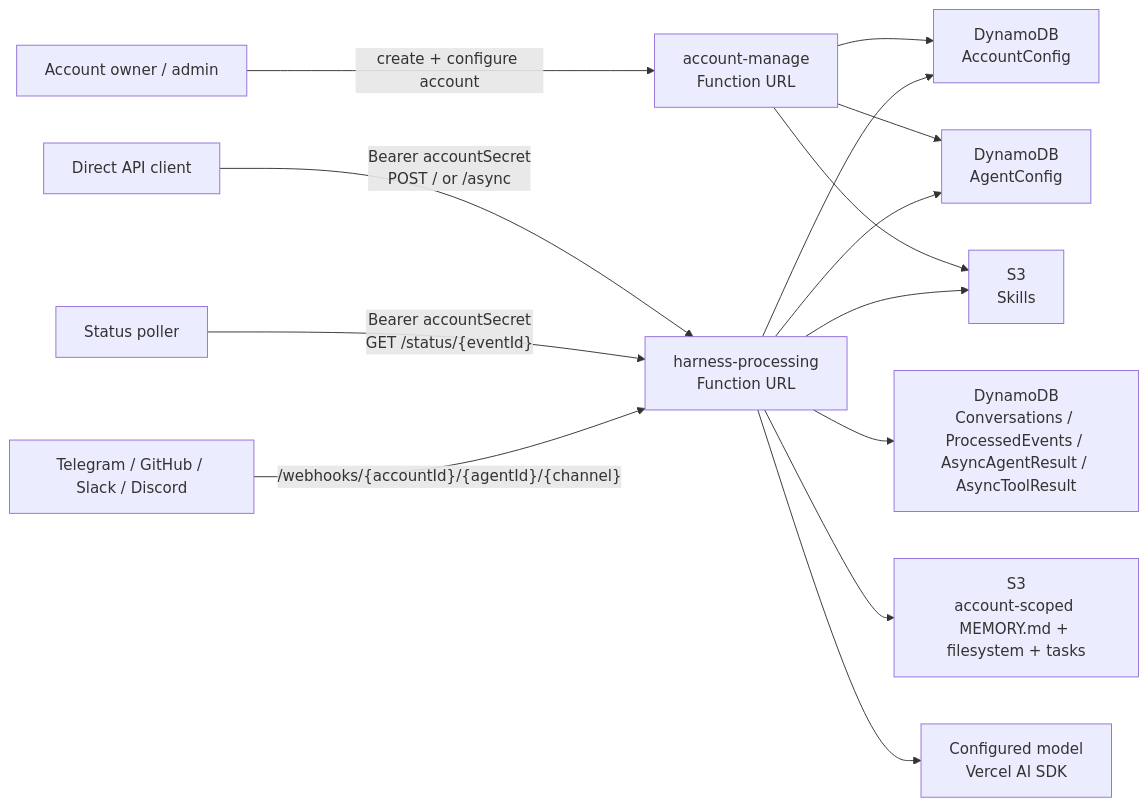
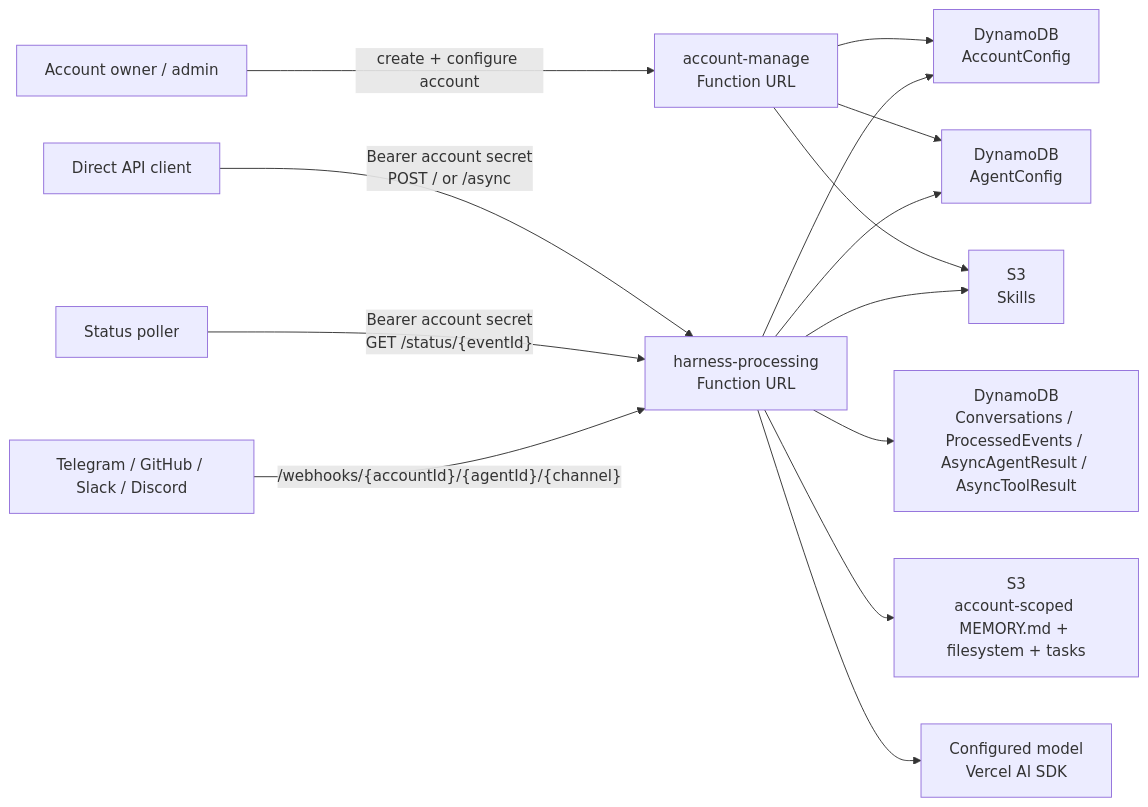
One commit to beeblastco/broods changed the diagram in README.md. Above: the diagram before and after it, drawn with Mermaid. The commit also changed 28 other files, not shown here.

````diff
--- a/README.md
+++ b/README.md
@@ -27,17 +27,17 @@
 ```mermaid
 flowchart LR
   Admin["Account owner / admin"] -->|"create + configure account"| Manage["account-manage<br/>Function URL"]
-  Client["Direct API client"] -->|"Bearer accountSecret<br/>POST / or /async"| Harness["harness-processing<br/>Function URL"]
-  Status["Status poller"] -->|"Bearer accountSecret<br/>GET /status/{eventId}"| Harness
+  Client["Direct API client"] -->|"Bearer account secret<br/>POST / or /async"| Harness["harness-processing<br/>Function URL"]
+  Status["Status poller"] -->|"Bearer account secret<br/>GET /status/{eventId}"| Harness
   Provider["Telegram / GitHub / Slack / Discord"] -->|"/webhooks/{accountId}/{agentId}/{channel}"| Harness
 
   Manage --> Accounts["DynamoDB<br/>AccountConfig"]
   Manage --> Agents["DynamoDB<br/>AgentConfig"]
   Manage --> Skills["S3<br/>Skills"]
   Harness --> Accounts
   Harness --> Agents
   Harness --> Skills["S3<br/>Skills"]
   Harness --> Conversations["DynamoDB<br/>Conversations / ProcessedEvents / AsyncAgentResult / AsyncToolResult"]
   Harness --> Memory["S3<br/>account-scoped MEMORY.md + filesystem + tasks"]
   Harness --> Model["Configured model<br/>Vercel AI SDK"]
 ```
````
